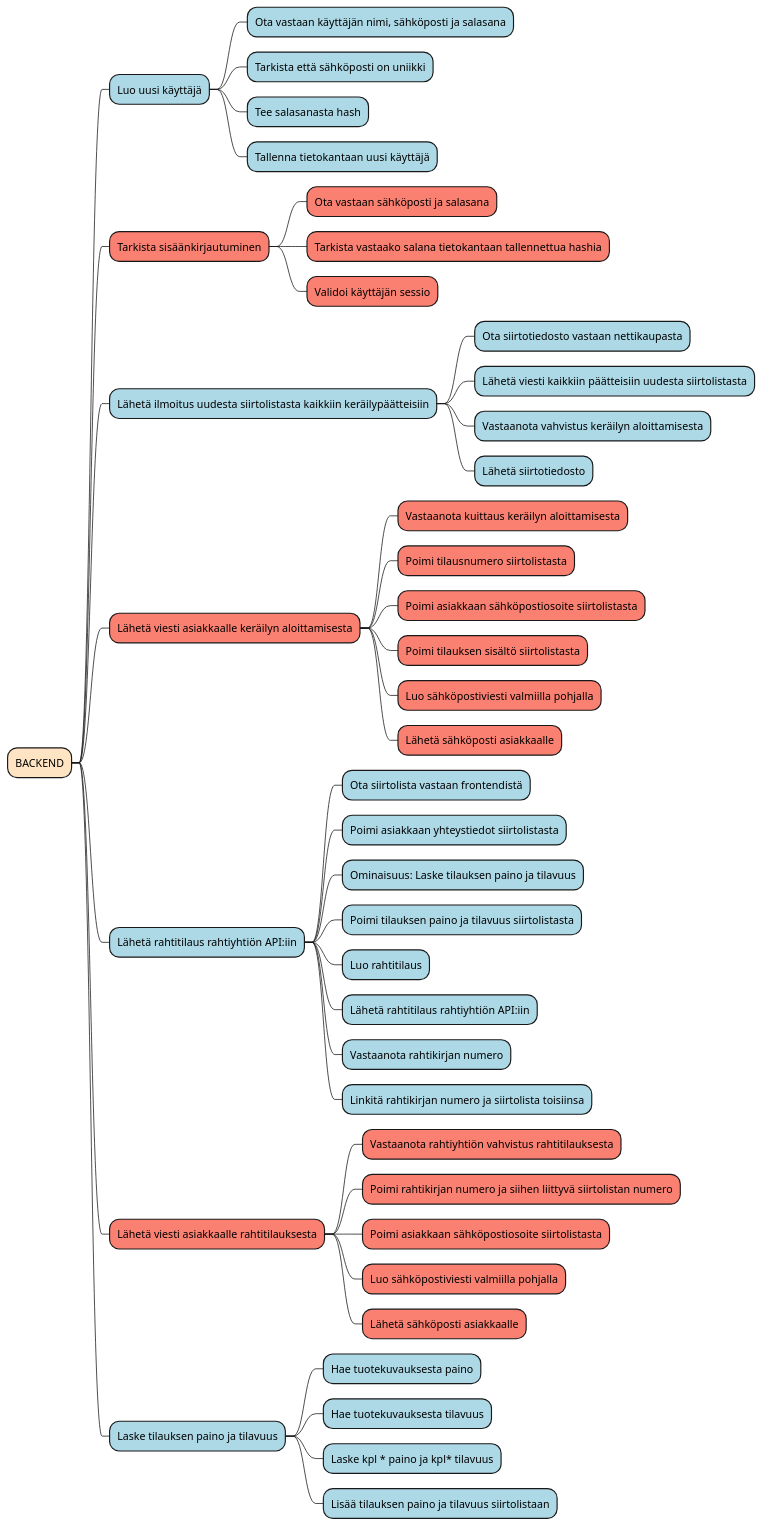
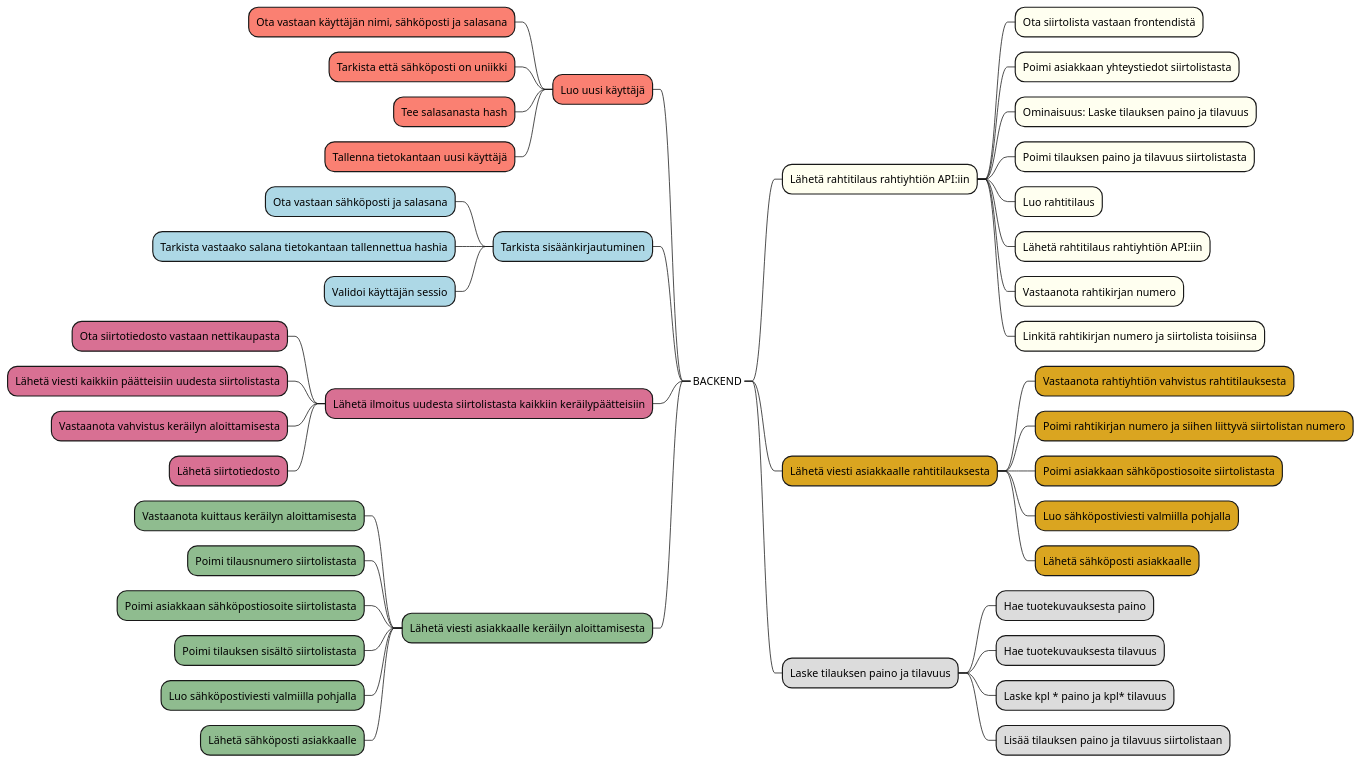
Before and after one commit to Pipe80/Varastonhallintasovellus: the fourth of 4 diagrams in requirements/vaatimusmaarittely.md, drawn with PlantUML. The commit also changed other lines of this file, not shown here.

Commit message:
Turned backend and frontend mindmaps one sided to two sided

````diff
--- a/requirements/vaatimusmaarittely.md
+++ b/requirements/vaatimusmaarittely.md
@@ -279,46 +279,53 @@
 ```plantuml
 @startmindmap
-+[#Bisque] BACKEND
-++[#LightBlue] Luo uusi käyttäjä
-+++[#LightBlue] Ota vastaan käyttäjän nimi, sähköposti ja salasana
-+++[#LightBlue] Tarkista että sähköposti on uniikki
-+++[#LightBlue] Tee salasanasta hash
-+++[#LightBlue] Tallenna tietokantaan uusi käyttäjä
-++[#Salmon] Tarkista sisäänkirjautuminen
-+++[#Salmon] Ota vastaan sähköposti ja salasana
-+++[#Salmon] Tarkista vastaako salana tietokantaan tallennettua hashia
-+++[#Salmon] Validoi käyttäjän sessio
-++[#LightBlue] Lähetä ilmoitus uudesta siirtolistasta kaikkiin keräilypäätteisiin
-+++[#LightBlue] Ota siirtotiedosto vastaan nettikaupasta
-+++[#LightBlue] Lähetä viesti kaikkiin päätteisiin uudesta siirtolistasta
-+++[#LightBlue] Vastaanota vahvistus keräilyn aloittamisesta
-+++[#LightBlue] Lähetä siirtotiedosto
-++[#Salmon] Lähetä viesti asiakkaalle keräilyn aloittamisesta
-+++[#Salmon] Vastaanota kuittaus keräilyn aloittamisesta
-+++[#Salmon] Poimi tilausnumero siirtolistasta
-+++[#Salmon] Poimi asiakkaan sähköpostiosoite siirtolistasta
-+++[#Salmon] Poimi tilauksen sisältö siirtolistasta
-+++[#Salmon] Luo sähköpostiviesti valmiilla pohjalla
-+++[#Salmon] Lähetä sähköposti asiakkaalle
-++[#LightBlue] Lähetä rahtitilaus rahtiyhtiön API:iin
-+++[#LightBlue] Ota siirtolista vastaan frontendistä
-+++[#LightBlue] Poimi asiakkaan yhteystiedot siirtolistasta
-+++[#LightBlue] Ominaisuus: Laske tilauksen paino ja tilavuus
-+++[#LightBlue] Poimi tilauksen paino ja tilavuus siirtolistasta
-+++[#LightBlue] Luo rahtitilaus
-+++[#LightBlue] Lähetä rahtitilaus rahtiyhtiön API:iin
-+++[#LightBlue] Vastaanota rahtikirjan numero
-+++[#LightBlue] Linkitä rahtikirjan numero ja siirtolista toisiinsa
-++[#Salmon] Lähetä viesti asiakkaalle rahtitilauksesta
-+++[#Salmon] Vastaanota rahtiyhtiön vahvistus rahtitilauksesta
-+++[#Salmon] Poimi rahtikirjan numero ja siihen liittyvä siirtolistan numero
-+++[#Salmon] Poimi asiakkaan sähköpostiosoite siirtolistasta
-+++[#Salmon] Luo sähköpostiviesti valmiilla pohjalla
-+++[#Salmon] Lähetä sähköposti asiakkaalle
-++[#LightBlue] Laske tilauksen paino ja tilavuus
-+++[#LightBlue] Hae tuotekuvauksesta paino
-+++[#LightBlue] Hae tuotekuvauksesta tilavuus
-+++[#LightBlue] Laske kpl * paino ja kpl* tilavuus
-+++[#LightBlue] Lisää tilauksen paino ja tilavuus siirtolistaan
+<style>
+mindmapDiagram {
+  rootStyle {
+    FontColor blue
+  }
+}
+</style>
++_ BACKEND <<rootStyle>>
+--[#Salmon] Luo uusi käyttäjä
+---[#Salmon] Ota vastaan käyttäjän nimi, sähköposti ja salasana
+---[#Salmon] Tarkista että sähköposti on uniikki
+---[#Salmon] Tee salasanasta hash
+---[#Salmon] Tallenna tietokantaan uusi käyttäjä
+--[#LightBlue] Tarkista sisäänkirjautuminen
+---[#LightBlue] Ota vastaan sähköposti ja salasana
+---[#LightBlue] Tarkista vastaako salana tietokantaan tallennettua hashia
+---[#LightBlue] Validoi käyttäjän sessio
+--[#PaleVioletRed] Lähetä ilmoitus uudesta siirtolistasta kaikkiin keräilypäätteisiin
+---[#PaleVioletRed] Ota siirtotiedosto vastaan nettikaupasta
+---[#PaleVioletRed] Lähetä viesti kaikkiin päätteisiin uudesta siirtolistasta
+---[#PaleVioletRed] Vastaanota vahvistus keräilyn aloittamisesta
+---[#PaleVioletRed] Lähetä siirtotiedosto
+--[#DarkSeaGreen] Lähetä viesti asiakkaalle keräilyn aloittamisesta
+---[#DarkSeaGreen] Vastaanota kuittaus keräilyn aloittamisesta
+---[#DarkSeaGreen] Poimi tilausnumero siirtolistasta
+---[#DarkSeaGreen] Poimi asiakkaan sähköpostiosoite siirtolistasta
+---[#DarkSeaGreen] Poimi tilauksen sisältö siirtolistasta
+---[#DarkSeaGreen] Luo sähköpostiviesti valmiilla pohjalla
+---[#DarkSeaGreen] Lähetä sähköposti asiakkaalle
+++[#Ivory] Lähetä rahtitilaus rahtiyhtiön API:iin
++++[#Ivory] Ota siirtolista vastaan frontendistä
++++[#Ivory] Poimi asiakkaan yhteystiedot siirtolistasta
++++[#Ivory] Ominaisuus: Laske tilauksen paino ja tilavuus
++++[#Ivory] Poimi tilauksen paino ja tilavuus siirtolistasta
++++[#Ivory] Luo rahtitilaus
++++[#Ivory] Lähetä rahtitilaus rahtiyhtiön API:iin
++++[#Ivory] Vastaanota rahtikirjan numero
++++[#Ivory] Linkitä rahtikirjan numero ja siirtolista toisiinsa
+++[#GoldenRod] Lähetä viesti asiakkaalle rahtitilauksesta
++++[#GoldenRod] Vastaanota rahtiyhtiön vahvistus rahtitilauksesta
++++[#GoldenRod] Poimi rahtikirjan numero ja siihen liittyvä siirtolistan numero
++++[#GoldenRod] Poimi asiakkaan sähköpostiosoite siirtolistasta
++++[#GoldenRod] Luo sähköpostiviesti valmiilla pohjalla
++++[#GoldenRod] Lähetä sähköposti asiakkaalle
+++[#Gainsboro] Laske tilauksen paino ja tilavuus
++++[#Gainsboro] Hae tuotekuvauksesta paino
++++[#Gainsboro] Hae tuotekuvauksesta tilavuus
++++[#Gainsboro] Laske kpl * paino ja kpl* tilavuus
++++[#Gainsboro] Lisää tilauksen paino ja tilavuus siirtolistaan
 @endmindmap
 ```
````
